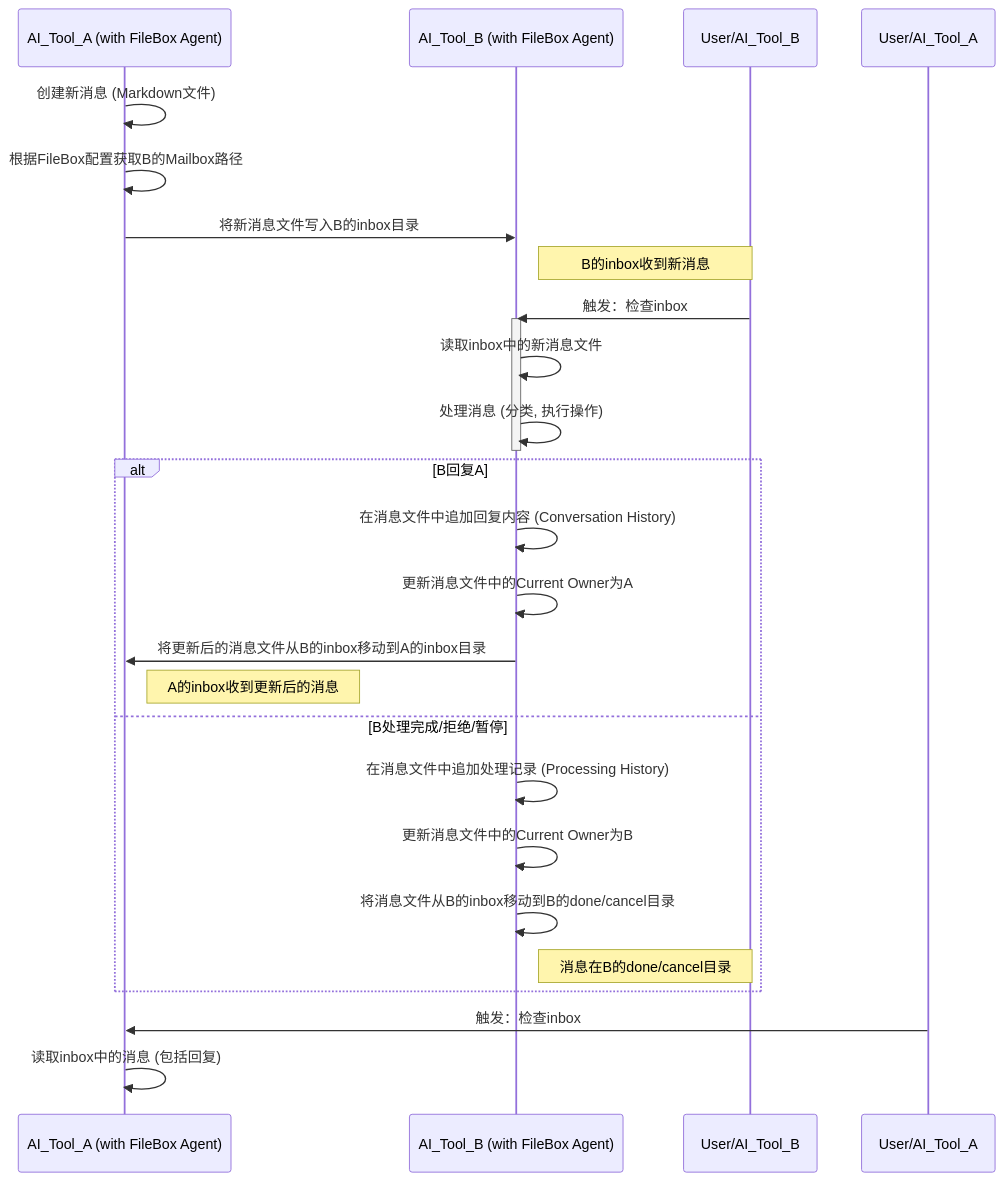
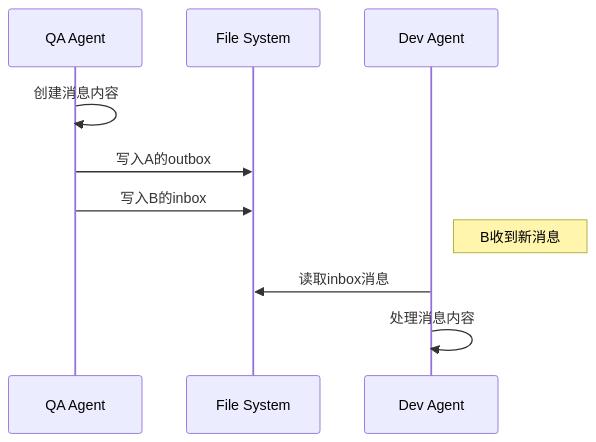
One commit to openkitchen/filebox-mcp changed the second of 3 diagrams in docs/MCP_Server_Design.md. Above: the diagram before and after it, drawn with Mermaid. The commit also changed other lines of this file and 6 other files, not shown here.

````diff
--- a/docs/MCP_Server_Design.md
+++ b/docs/MCP_Server_Design.md
@@ -88,31 +193,14 @@
 ```mermaid
 sequenceDiagram
-    participant A as AI_Tool_A (with FileBox Agent)
-    participant B as AI_Tool_B (with FileBox Agent)
+    participant A as QA Agent
+    participant FS as File System
+    participant B as Dev Agent
 
-    A->>A: 创建新消息 (Markdown文件)
-    A->>A: 根据FileBox配置获取B的Mailbox路径
-    A->>B: 将新消息文件写入B的inbox目录
-    Note right of B: B的inbox收到新消息
-
-    User/AI_Tool_B->>B: 触发：检查inbox
-    activate B
-    B->>B: 读取inbox中的新消息文件
-    B->>B: 处理消息 (分类, 执行操作)
-    deactivate B
-
-    alt B回复A
-        B->>B: 在消息文件中追加回复内容 (Conversation History)
-        B->>B: 更新消息文件中的Current Owner为A
-        B->>A: 将更新后的消息文件从B的inbox移动到A的inbox目录
-        Note right of A: A的inbox收到更新后的消息
-    else B处理完成/拒绝/暂停
-        B->>B: 在消息文件中追加处理记录 (Processing History)
-        B->>B: 更新消息文件中的Current Owner为B
-        B->>B: 将消息文件从B的inbox移动到B的done/cancel目录
-        Note right of B: 消息在B的done/cancel目录
-    end
-
-    User/AI_Tool_A->>A: 触发：检查inbox
-    A->>A: 读取inbox中的消息 (包括回复)
+    A->>A: 创建消息内容
+    A->>FS: 写入A的outbox
+    A->>FS: 写入B的inbox
+    Note right of B: B收到新消息
+    
+    B->>FS: 读取inbox消息
+    B->>B: 处理消息内容
 ```
````
